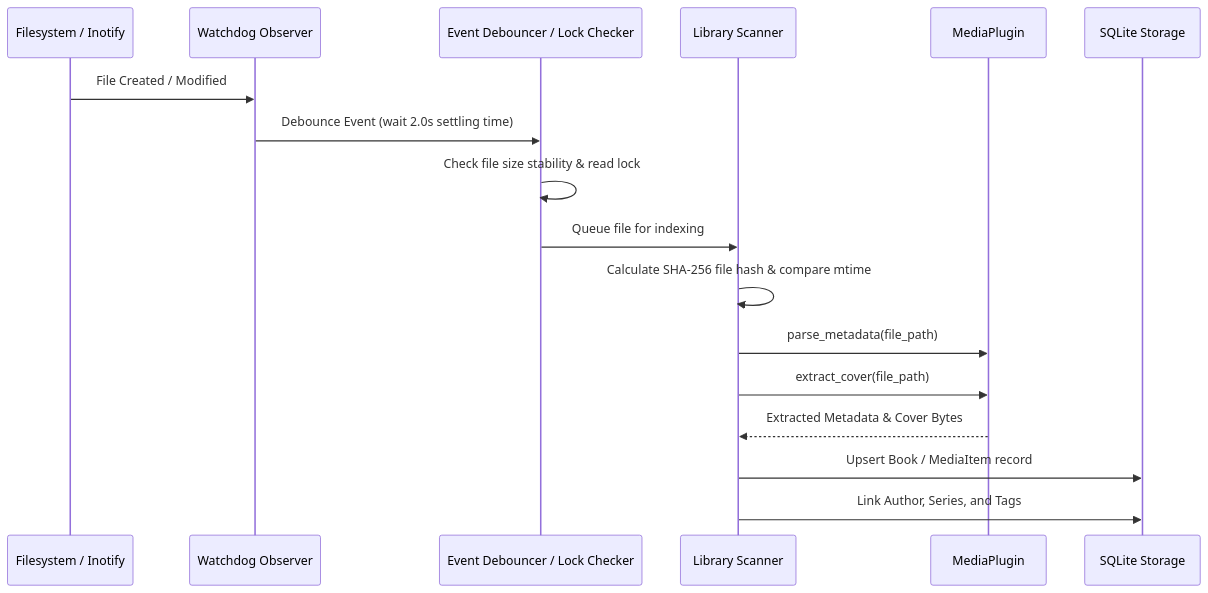
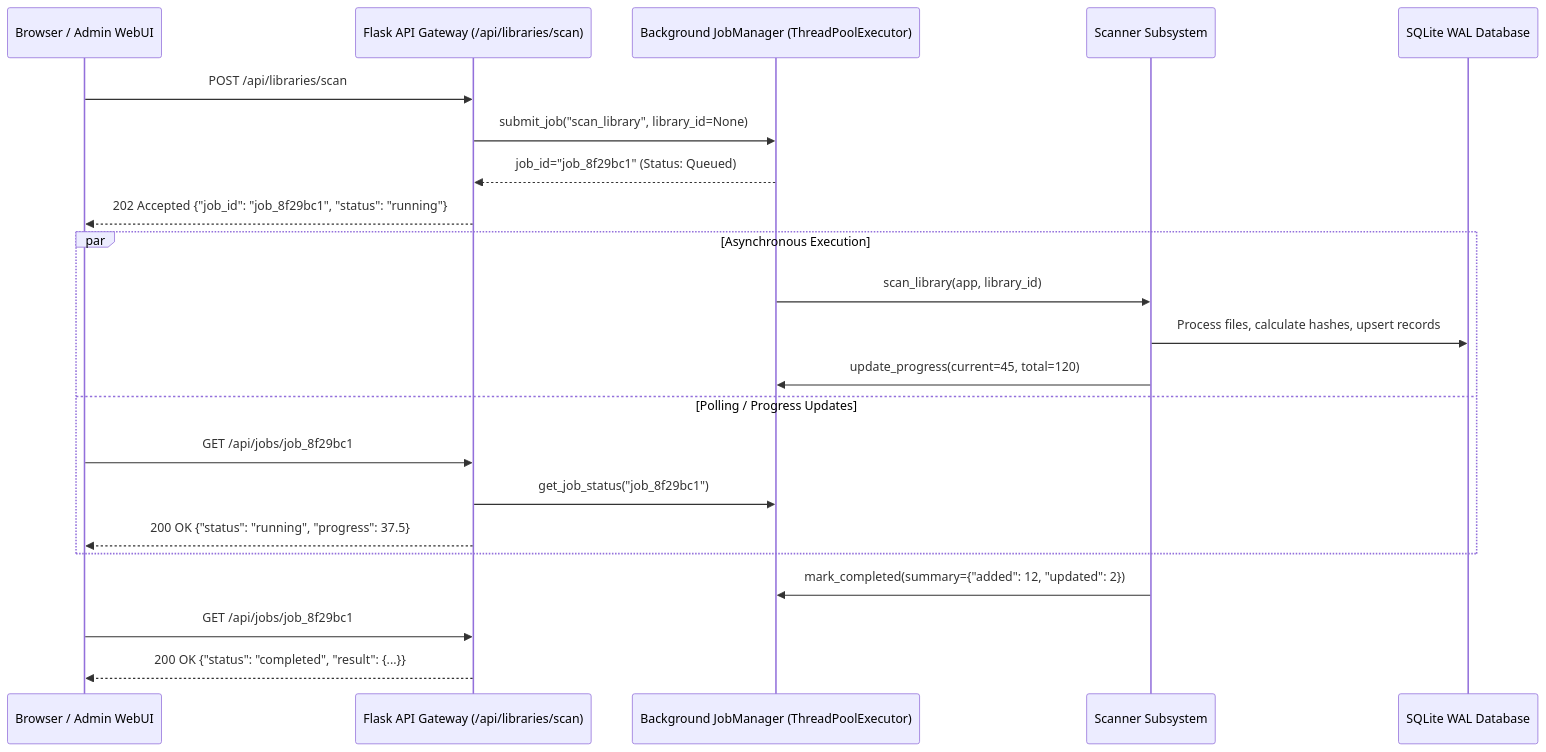
One commit to syfq91/aarkib changed the fourth of 6 diagrams in media_server_execution_plan.md. Above: the diagram before and after it, drawn with Mermaid. The commit also changed other lines of this file and 3 other files, not shown here.

First line of the commit message:
docs: update execution plan and architecture from media server evaluation

````diff
--- a/media_server_execution_plan.md
+++ b/media_server_execution_plan.md
@@ -210,20 +273,27 @@
 ```mermaid
 sequenceDiagram
-    participant FS as Filesystem / Inotify
-    participant Watcher as Watchdog Observer
-    participant Settler as Event Debouncer / Lock Checker
-    participant Scanner as Library Scanner
-    participant Plugin as MediaPlugin
-    participant DB as SQLite Storage
+    participant WebClient as Browser / Admin WebUI
+    participant API as Flask API Gateway (/api/libraries/scan)
+    participant JM as Background JobManager (ThreadPoolExecutor)
+    participant Scanner as Scanner Subsystem
+    participant DB as SQLite WAL Database
 
-    FS->>Watcher: File Created / Modified
-    Watcher->>Settler: Debounce Event (wait 2.0s settling time)
-    Settler->>Settler: Check file size stability & read lock
-    Settler->>Scanner: Queue file for indexing
-    Scanner->>Scanner: Calculate SHA-256 file hash & compare mtime
-    Scanner->>Plugin: parse_metadata(file_path)
-    Scanner->>Plugin: extract_cover(file_path)
-    Plugin-->>Scanner: Extracted Metadata & Cover Bytes
-    Scanner->>DB: Upsert Book / MediaItem record
-    Scanner->>DB: Link Author, Series, and Tags
+    WebClient->>API: POST /api/libraries/scan
+    API->>JM: submit_job("scan_library", library_id=None)
+    JM-->>API: job_id="job_8f29bc1" (Status: Queued)
+    API-->>WebClient: 202 Accepted {"job_id": "job_8f29bc1", "status": "running"}
+
+    par Asynchronous Execution
+        JM->>Scanner: scan_library(app, library_id)
+        Scanner->>DB: Process files, calculate hashes, upsert records
+        Scanner->>JM: update_progress(current=45, total=120)
+    and Polling / Progress Updates
+        WebClient->>API: GET /api/jobs/job_8f29bc1
+        API->>JM: get_job_status("job_8f29bc1")
+        API-->>WebClient: 200 OK {"status": "running", "progress": 37.5}
+    end
+
+    Scanner->>JM: mark_completed(summary={"added": 12, "updated": 2})
+    WebClient->>API: GET /api/jobs/job_8f29bc1
+    API-->>WebClient: 200 OK {"status": "completed", "result": {...}}
 ```
````
